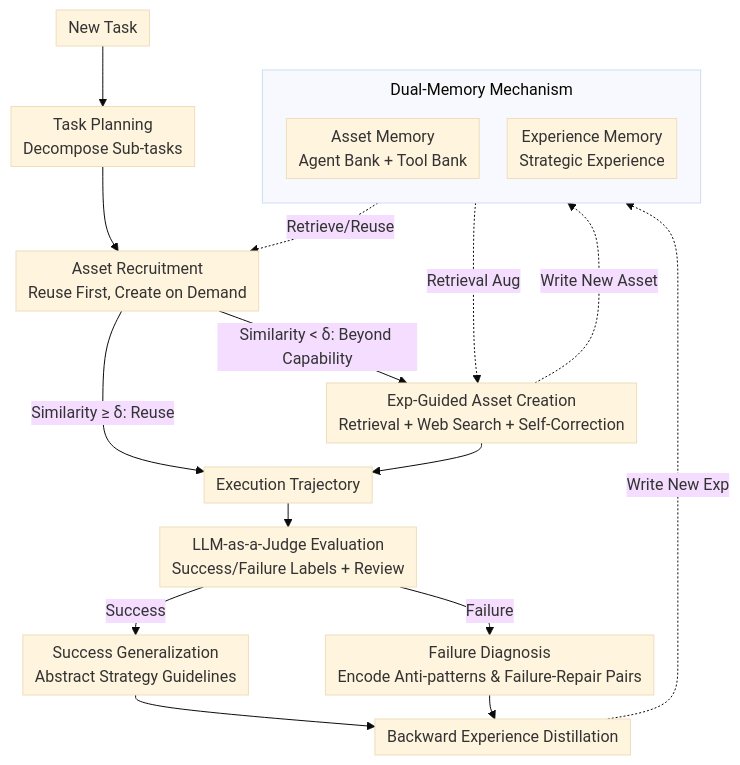
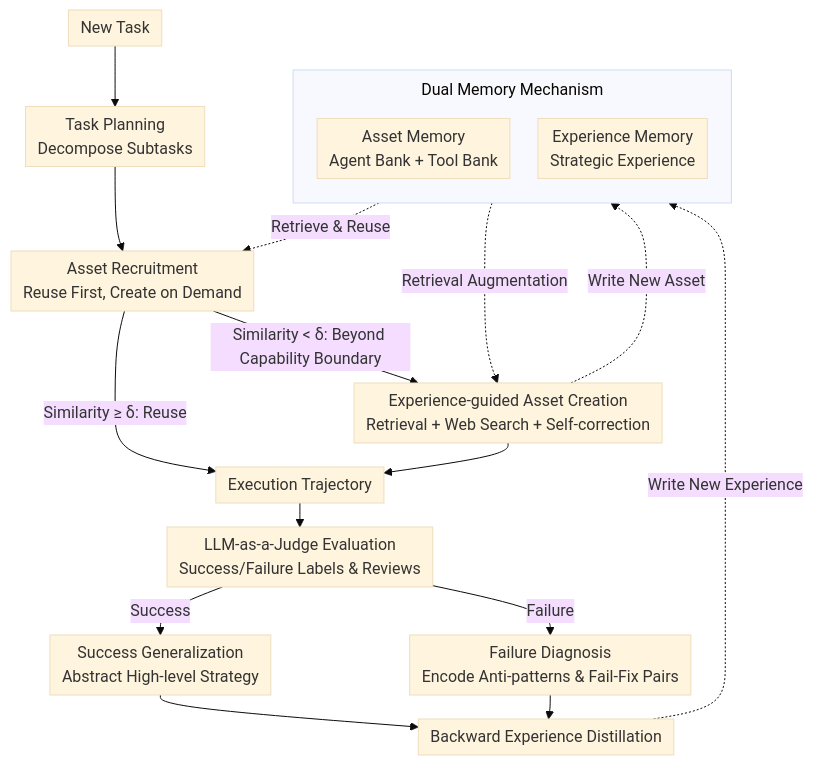
One commit to zhaoyang97/Paper-Notes-en changed the diagram in docs/ACL2026/llm_agent/mem2evolve_towards_self-evolving_agents_via_co-evolutionary_capability_expansion.md. Above: the diagram before and after it, drawn with Mermaid (base theme). The commit also changed other lines of this file and 5084 other files, not shown here.

````diff
--- a/docs/ACL2026/llm_agent/mem2evolve_towards_self-evolving_agents_via_co-evolutionary_capability_expansion.md
+++ b/docs/ACL2026/llm_agent/mem2evolve_towards_self-evolving_agents_via_co-evolutionary_capability_expansion.md
@@ -42,23 +42,23 @@
 ```mermaid
 %%{init: {'flowchart': {'rankSpacing': 24, 'nodeSpacing': 28, 'padding': 6, 'wrappingWidth': 400, 'subGraphTitleMargin': {'top': 8, 'bottom': 16}}}}%%
 flowchart TD
-    A["New Task"] --> B["Task Planning<br/>Decompose Sub-tasks"]
+    A["New Task"] --> B["Task Planning<br/>Decompose Subtasks"]
     B --> C["Asset Recruitment<br/>Reuse First, Create on Demand"]
     C -->|"Similarity ≥ δ: Reuse"| F["Execution Trajectory"]
-    C -->|"Similarity < δ: Beyond Capability"| D["Exp-Guided Asset Creation<br/>Retrieval + Web Search + Self-Correction"]
+    C -->|"Similarity < δ: Beyond Capability Boundary"| D["Experience-guided Asset Creation<br/>Retrieval + Web Search + Self-correction"]
     D --> F
-    F --> G["LLM-as-a-Judge Evaluation<br/>Success/Failure Labels + Review"]
-    G -->|"Success"| H["Success Generalization<br/>Abstract Strategy Guidelines"]
-    G -->|"Failure"| I["Failure Diagnosis<br/>Encode Anti-patterns & Failure-Repair Pairs"]
+    F --> G["LLM-as-a-Judge Evaluation<br/>Success/Failure Labels & Reviews"]
+    G -->|"Success"| H["Success Generalization<br/>Abstract High-level Strategy"]
+    G -->|"Failure"| I["Failure Diagnosis<br/>Encode Anti-patterns & Fail-Fix Pairs"]
     H --> J["Backward Experience Distillation"]
     I --> J
-    subgraph MEM["Dual-Memory Mechanism"]
+    subgraph MEM["Dual Memory Mechanism"]
         direction TB
         MA["Asset Memory<br/>Agent Bank + Tool Bank"]
         ME["Experience Memory<br/>Strategic Experience"]
     end
     D -. Write New Asset .-> MA
-    J -. Write New Exp .-> ME
-    MA -. Retrieve/Reuse .-> C
-    ME -. Retrieval Aug .-> D
+    J -. Write New Experience .-> ME
+    MA -. Retrieve & Reuse .-> C
+    ME -. Retrieval Augmentation .-> D
 ```
````
